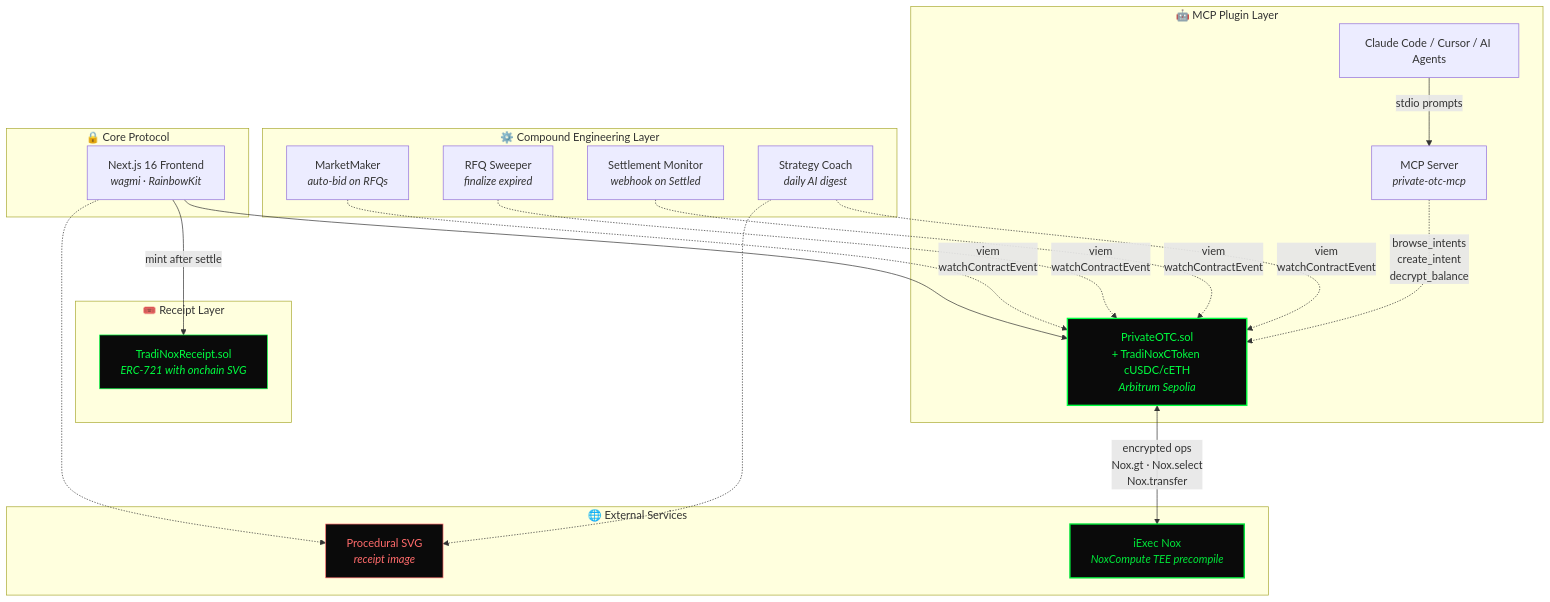
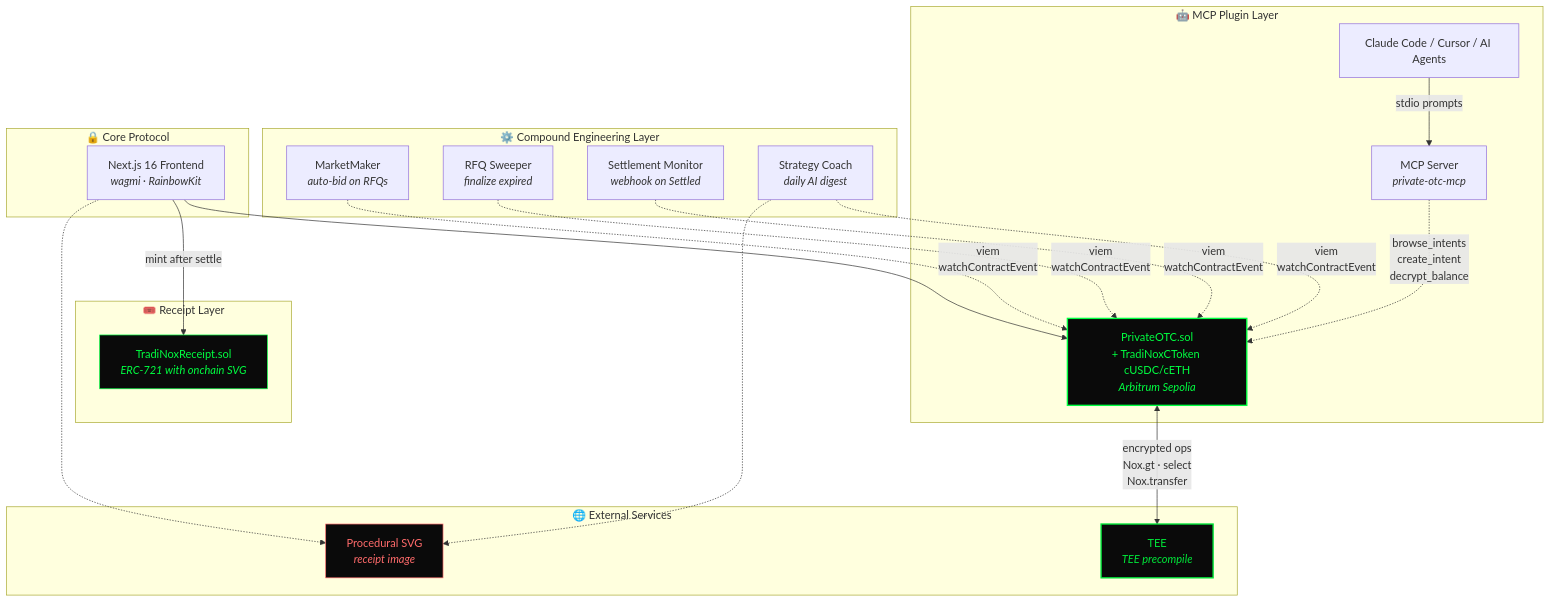
Before and after one commit to maulana-tech/tradi-main: the diagram in README.md, drawn with Mermaid. The commit also changed other lines of this file, not shown here.

````diff
--- a/README.md
+++ b/README.md
@@ -45,41 +45,41 @@
 ```mermaid
 flowchart TB
     subgraph "🤖 MCP Plugin Layer"
         Claude[Claude Code / Cursor / AI Agents]
         MCPSrv[MCP Server<br/><i>private-otc-mcp</i>]
         Claude -->|stdio prompts| MCPSrv
         MCPSrv -.->|browse_intents<br/>create_intent<br/>decrypt_balance| ContractsAPI
     end
 
     subgraph "⚙️ Compound Engineering Layer"
         MM[MarketMaker<br/><i>auto-bid on RFQs</i>]
         SW[RFQ Sweeper<br/><i>finalize expired</i>]
         SM[Settlement Monitor<br/><i>webhook on Settled</i>]
         SC[Strategy Coach<br/><i>daily AI digest</i>]
         MM & SW & SM & SC -.->|viem<br/>watchContractEvent| ContractsAPI
     end
 
     subgraph "🔒 Core Protocol"
         Web[Next.js 16 Frontend<br/><i>wagmi · RainbowKit</i>]
         ContractsAPI[PrivateOTC.sol<br/>+ TradiNoxCToken cUSDC/cETH<br/><i>Arbitrum Sepolia</i>]
         Web --> ContractsAPI
     end
 
     subgraph "🎟️ Receipt Layer"
         Receipt[TradiNoxReceipt.sol<br/><i>ERC-721 with onchain SVG</i>]
         Web -->|mint after settle| Receipt
     end
 
     subgraph "🌐 External Services"
-        Nox[iExec Nox<br/><i>NoxCompute TEE precompile</i>]
+        Nox[TEE<br/><i>TEE precompile</i>]
         CGT[Procedural SVG<br/><i>receipt image</i>]
-        ContractsAPI <-->|encrypted ops<br/>Nox.gt · Nox.select<br/>Nox.transfer| Nox
+        ContractsAPI <-->|encrypted ops<br/>Nox.gt · select<br/>Nox.transfer| Nox
         Web -.-> CGT
         SC -.-> CGT
     end
 
     style ContractsAPI fill:#0a0a0a,stroke:#00ff41,stroke-width:2px,color:#00ff41
     style Receipt fill:#0a0a0a,stroke:#00ff41,stroke-width:1px,color:#00ff41
     style Nox fill:#0a0a0a,stroke:#00e639,stroke-width:2px,color:#00e639
     style CGT fill:#0a0a0a,stroke:#ff6b6b,stroke-width:1px,color:#ff6b6b
 ```
````
